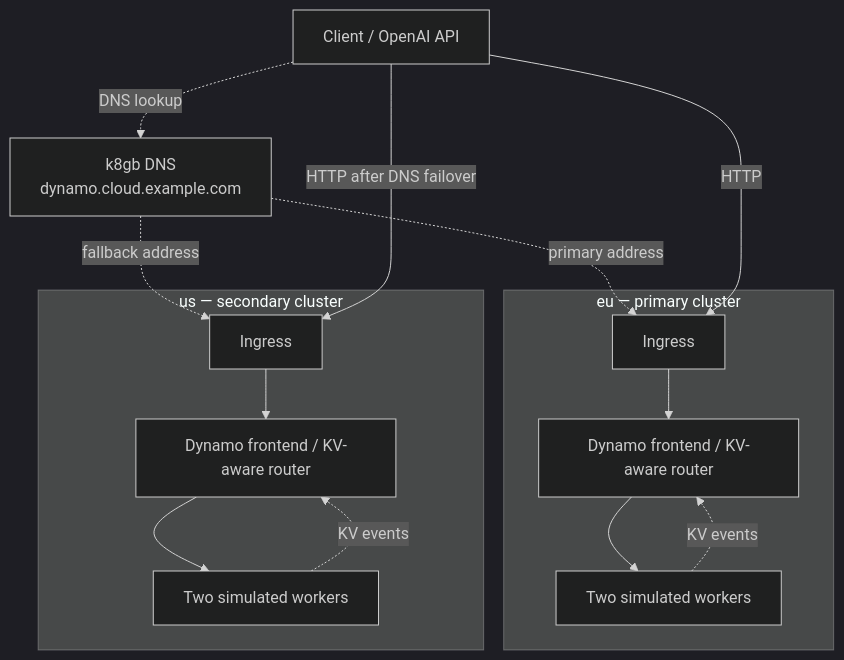
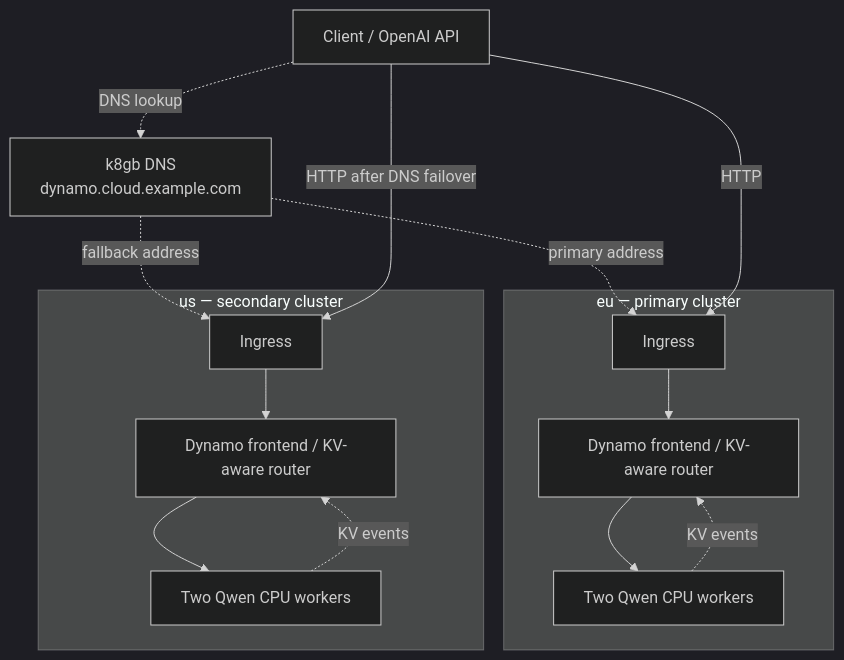
The diagram in docs/dynamo-demo.md (k8gb-io/k8gb), drawn with Mermaid (dark theme) before and after one commit. The commit also changed other lines of this file and 4 other files, not shown here.

Commit message:
demo/dynamo: run Qwen CPU inference through DGDs (#179)

````diff
--- a/docs/dynamo-demo.md
+++ b/docs/dynamo-demo.md
@@ -8,22 +8,22 @@
 ```mermaid
 flowchart TD
     C[Client / OpenAI API]
     DNS["k8gb DNS<br/>dynamo.cloud.example.com"]
     C -. DNS lookup .-> DNS
     DNS -. primary address .-> EU
     DNS -. fallback address .-> US
     C -->|HTTP| EU
     C -->|HTTP after DNS failover| US
 
     subgraph Primary["eu — primary cluster"]
         EU[Ingress] --> EF[Dynamo frontend / KV-aware router]
-        EF --> EW[Two simulated workers]
+        EF --> EW[Two Qwen CPU workers]
         EW -. KV events .-> EF
     end
 
     subgraph Secondary["us — secondary cluster"]
         US[Ingress] --> UF[Dynamo frontend / KV-aware router]
-        UF --> UW[Two simulated workers]
+        UF --> UW[Two Qwen CPU workers]
         UW -. KV events .-> UF
     end
 ```
````
